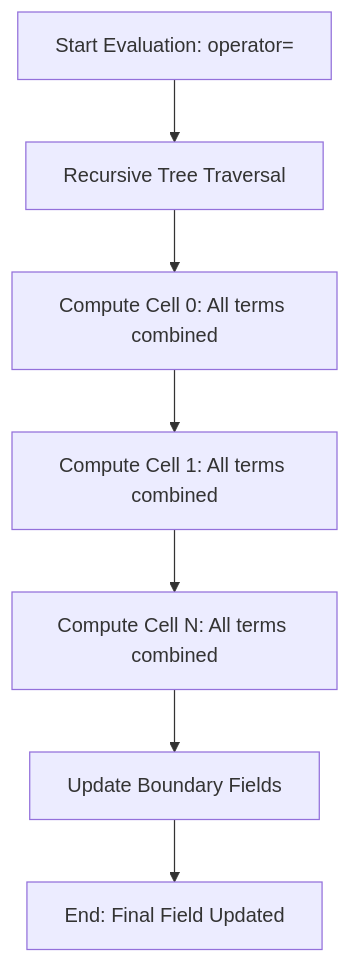
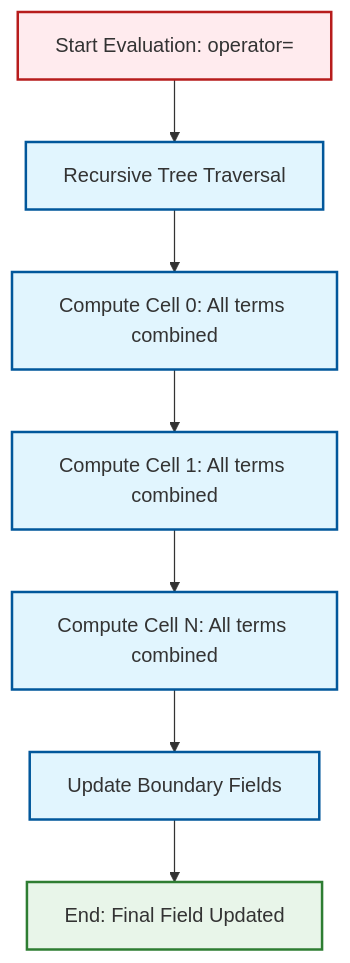
The diagram in MODULE_09_ADVANCED_TOPICS/CONTENT/05_PERFORMANCE_OPTIMIZATION/03_Internal_Mechanics.md (wramet/build-my-cfd), drawn with Mermaid before and after one commit. The commit also changed 313 other files, not shown here.

Commit message:
Revise all diagram

````diff
--- a/MODULE_09_ADVANCED_TOPICS/CONTENT/05_PERFORMANCE_OPTIMIZATION/03_Internal_Mechanics.md
+++ b/MODULE_09_ADVANCED_TOPICS/CONTENT/05_PERFORMANCE_OPTIMIZATION/03_Internal_Mechanics.md
@@ -54,9 +54,12 @@
 ```mermaid
 graph TD
-    A[Start Evaluation: operator=] --> B[Recursive Tree Traversal]
-    B --> C[Compute Cell 0: All terms combined]
-    C --> D[Compute Cell 1: All terms combined]
-    D --> E[Compute Cell N: All terms combined]
-    E --> F[Update Boundary Fields]
-    F --> G[End: Final Field Updated]
+classDef implicit fill:#e1f5fe,stroke:#01579b,stroke-width:2px
+classDef explicit fill:#ffebee,stroke:#b71c1c,stroke-width:2px
+classDef success fill:#e8f5e9,stroke:#2e7d32,stroke-width:2px
+A[Start Evaluation: operator=]:::explicit --> B[Recursive Tree Traversal]:::implicit
+B --> C[Compute Cell 0: All terms combined]:::implicit
+C --> D[Compute Cell 1: All terms combined]:::implicit
+D --> E[Compute Cell N: All terms combined]:::implicit
+E --> F[Update Boundary Fields]:::implicit
+F --> G[End: Final Field Updated]:::success
 ```
````
